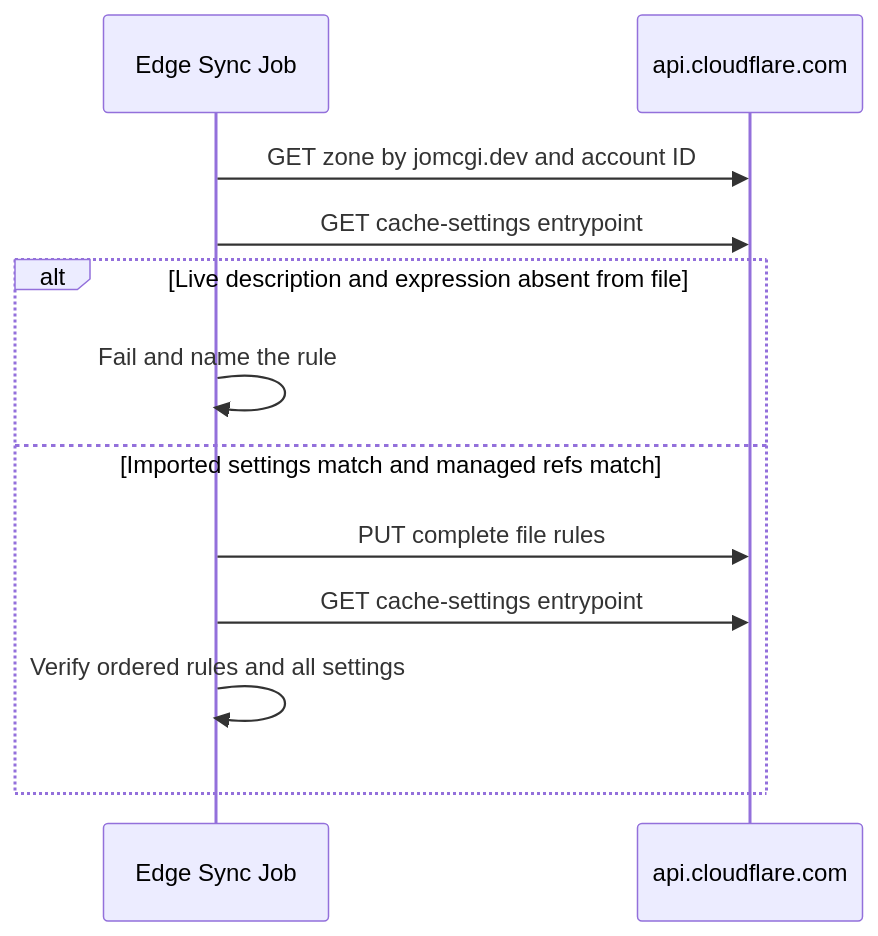
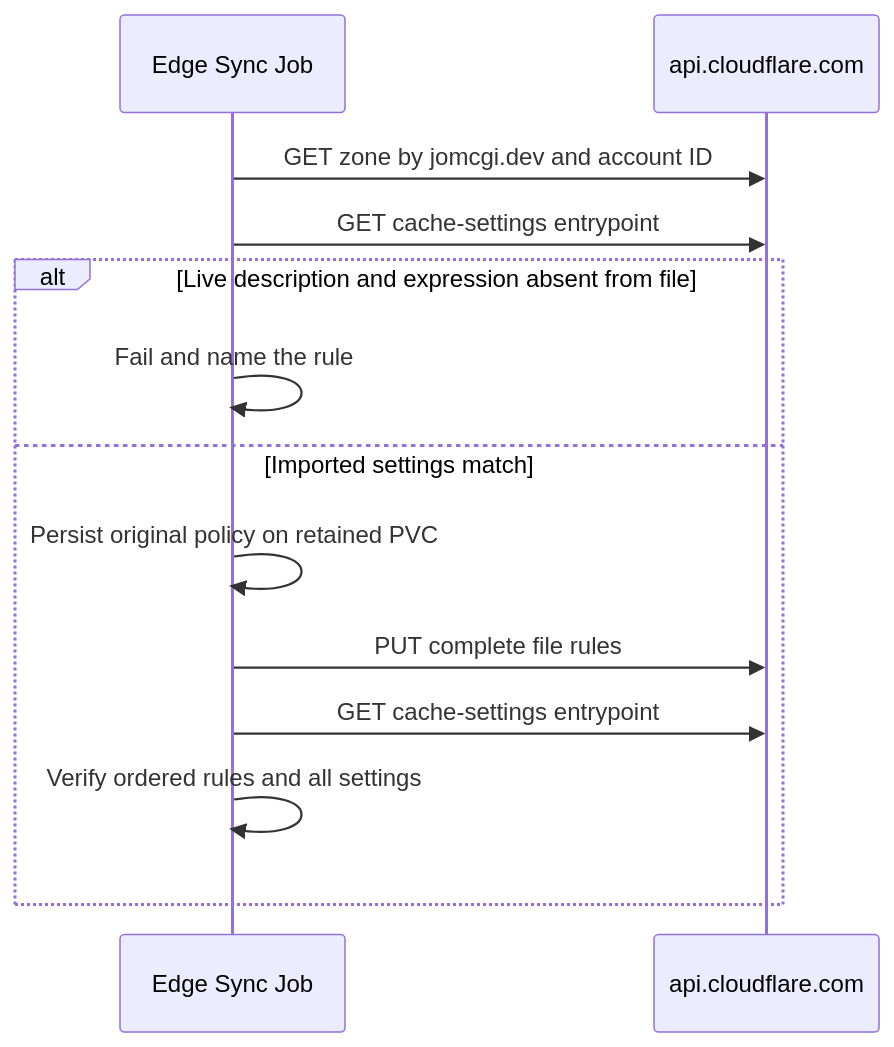
The first of 2 diagrams in projects/jomcgi-site/README.md (jomcgi-org/homelab), drawn with Mermaid before and after one commit. The commit also changed other lines of this file and 11 other files, not shown here.

````diff
--- a/projects/jomcgi-site/README.md
+++ b/projects/jomcgi-site/README.md
@@ -81,14 +81,15 @@
 ```mermaid
 sequenceDiagram
   participant Job as Edge Sync Job
   participant CF as api.cloudflare.com
   Job->>CF: GET zone by jomcgi.dev and account ID
   Job->>CF: GET cache-settings entrypoint
   alt Live description and expression absent from file
     Job->>Job: Fail and name the rule
-  else Imported settings match and managed refs match
+  else Imported settings match
+    Job->>Job: Persist original policy on retained PVC
     Job->>CF: PUT complete file rules
     Job->>CF: GET cache-settings entrypoint
     Job->>Job: Verify ordered rules and all settings
   end
 ```
````
